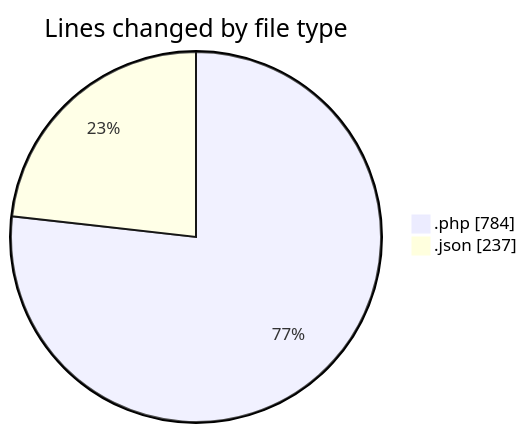
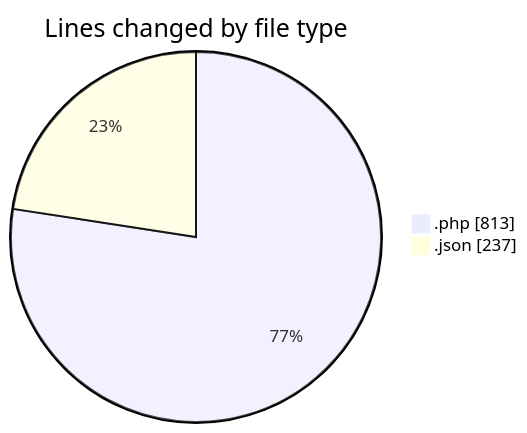
The first of 2 diagrams in 2025-05-30/studio-backend/README.md (idhammustaqopulfikri/code-tracking), drawn with Mermaid before and after one commit. The commit also changed other lines of this file and 1 other file, not shown here.

````diff
--- a/2025-05-30/studio-backend/README.md
+++ b/2025-05-30/studio-backend/README.md
@@ -30,6 +30,6 @@
 ```mermaid
 pie showData
 title Lines changed by file type
-".php" : 784
+".php" : 813
 ".json" : 237
 ```
````
